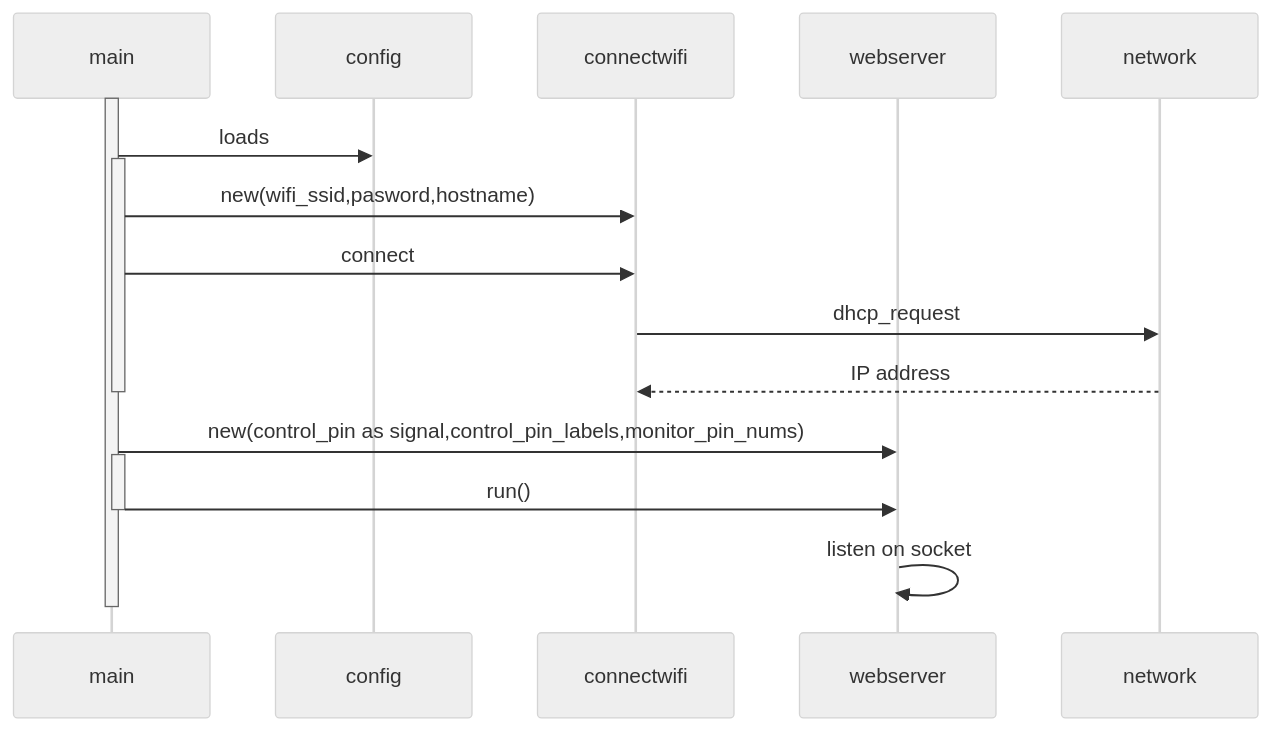
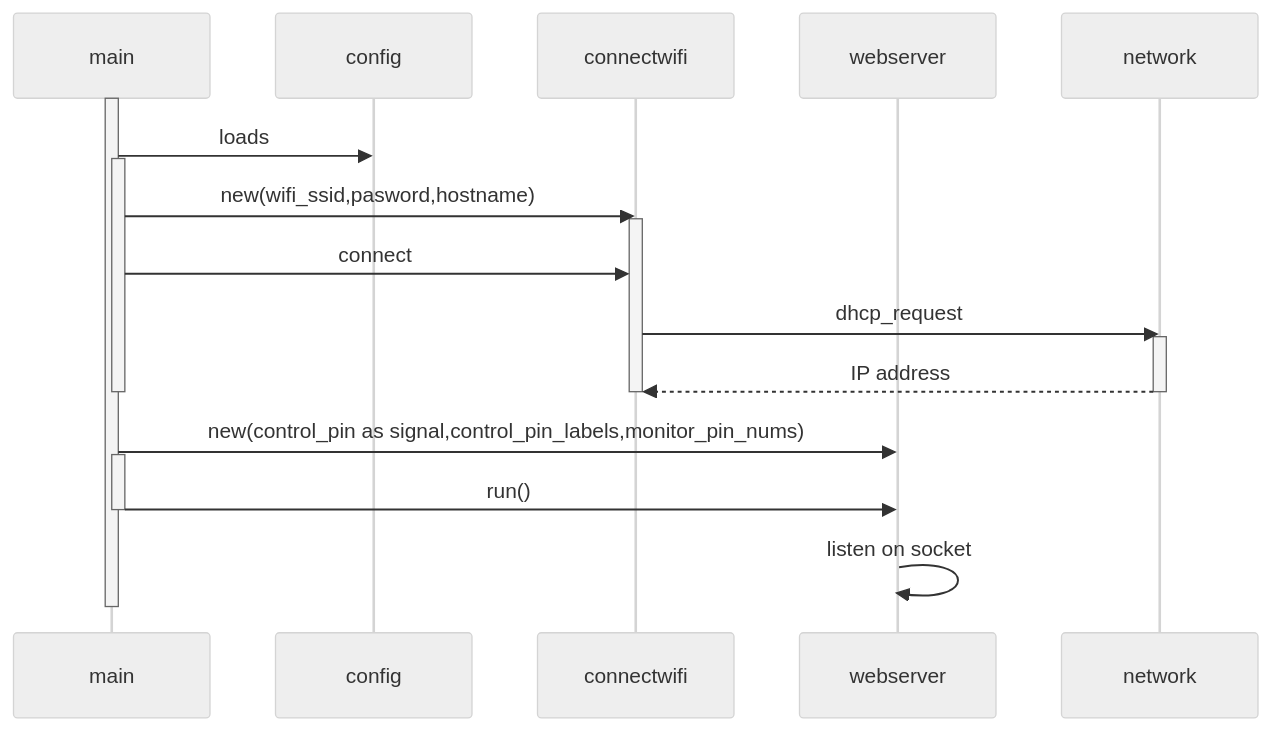
One commit to freemansoft/ESP8266-MicroPython changed the fourth of 9 diagrams in README.md. Above: the diagram before and after it, drawn with Mermaid (neutral theme). The commit also changed other lines of this file, not shown here.

Commit message:
Sequence updates

````diff
--- a/README.md
+++ b/README.md
@@ -171,24 +171,29 @@
 ```mermaid
 sequenceDiagram
     participant main
     participant config
     participant connectwifi
     participant webserver
     participant network
 
     activate main
     main ->> config: loads
         activate main
         main ->> connectwifi: new(wifi_ssid,pasword,hostname)
+        activate connectwifi
         main ->> connectwifi: connect
         connectwifi ->> network: dhcp_request
+        activate network
         network -->> connectwifi: IP address
+        deactivate network
+        deactivate connectwifi
         deactivate main
     
         main ->> webserver: new(control_pin as signal,control_pin_labels,monitor_pin_nums)
         activate main
         main ->> webserver: run()
         deactivate main
-    webserver ->> webserver: listen on socket
+    
+        webserver ->> webserver: listen on socket
     deactivate main
 ```
````
